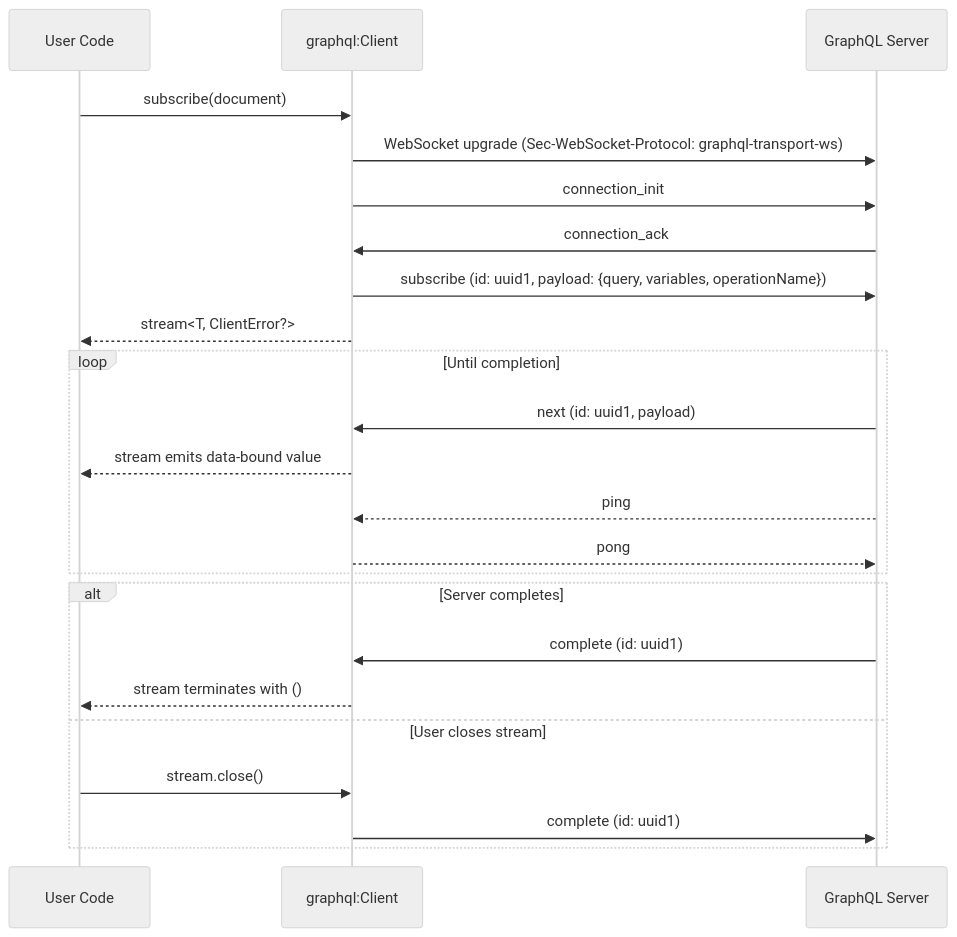
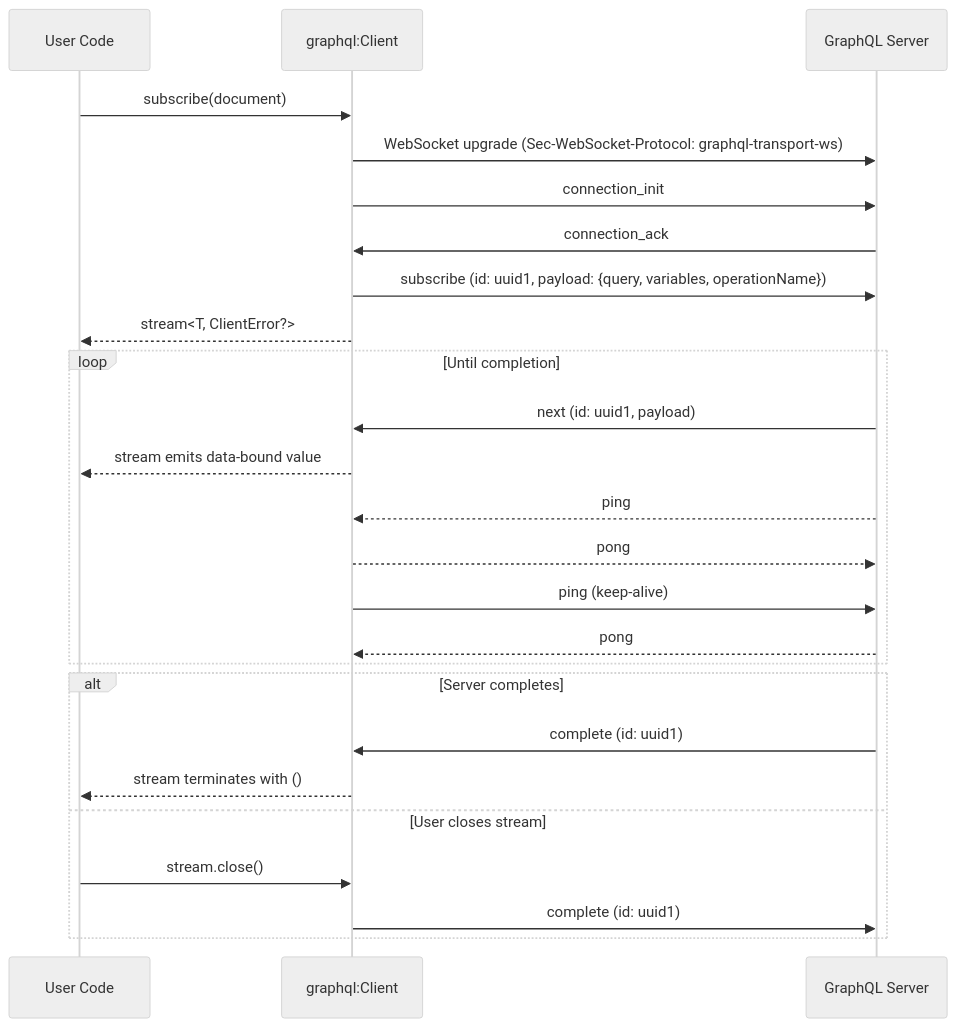
Before and after one commit to ballerina-platform/ballerina-spec: the diagram in beps/lib-graphql/1460_graphql_client_subscription_support.md, drawn with Mermaid (neutral theme). The commit also changed other lines of this file, not shown here.

Commit message:
fix: update the references to json type and ping pong changes

````diff
--- a/beps/lib-graphql/1460_graphql_client_subscription_support.md
+++ b/beps/lib-graphql/1460_graphql_client_subscription_support.md
@@ -57,26 +57,28 @@
 ```mermaid
 sequenceDiagram
     participant U as User Code
     participant C as graphql:Client
     participant S as GraphQL Server
 
     U->>C: subscribe(document)
     C->>S: WebSocket upgrade (Sec-WebSocket-Protocol: graphql-transport-ws)
     C->>S: connection_init
     S->>C: connection_ack
     C->>S: subscribe (id: uuid1, payload: {query, variables, operationName})
     C-->>U: stream<T, ClientError?>
     loop Until completion
         S->>C: next (id: uuid1, payload)
         C-->>U: stream emits data-bound value
         S-->>C: ping
         C-->>S: pong
+        C->>S: ping (keep-alive)
+        S-->>C: pong
     end
     alt Server completes
         S->>C: complete (id: uuid1)
         C-->>U: stream terminates with ()
     else User closes stream
         U->>C: stream.close()
         C->>S: complete (id: uuid1)
     end
 ```
````
